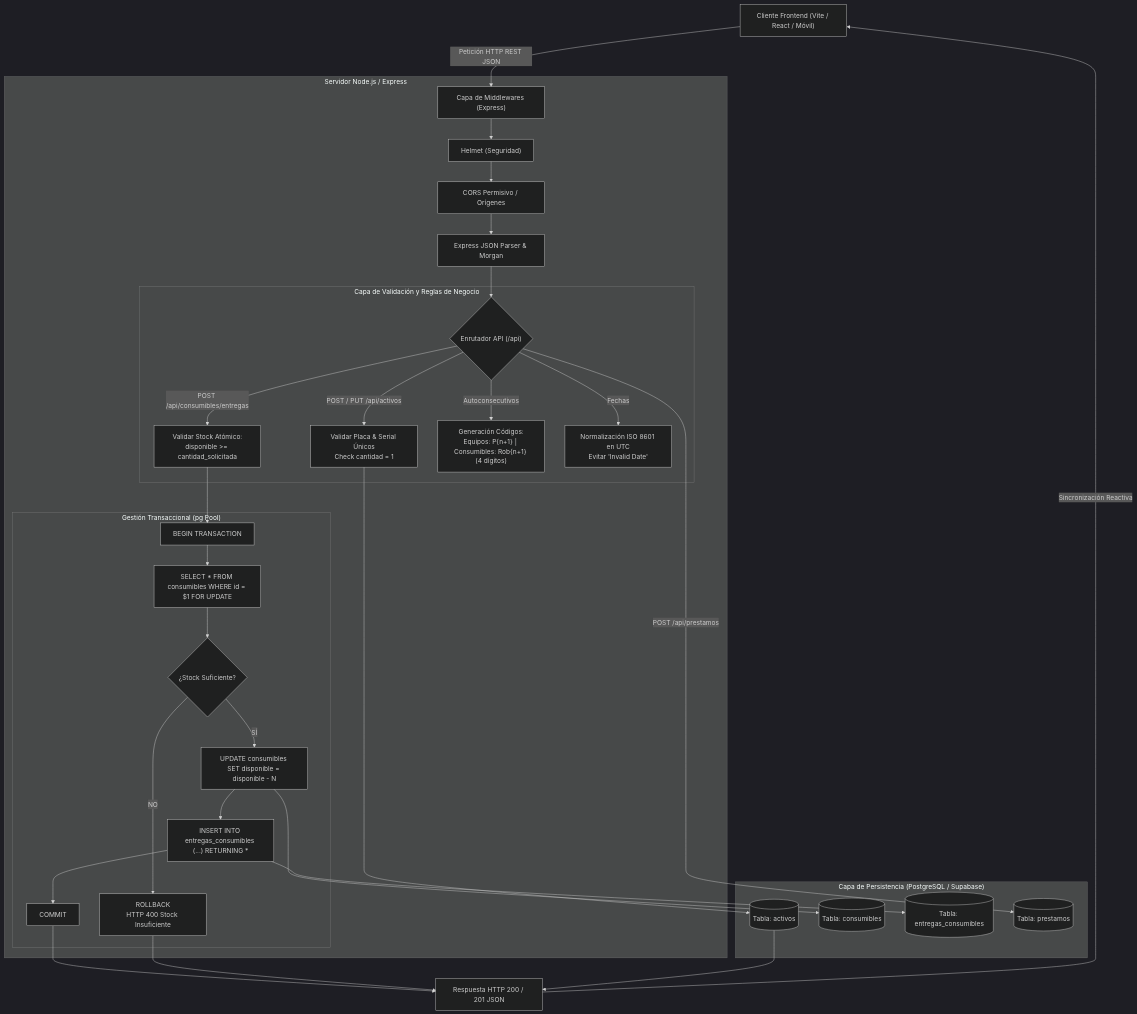
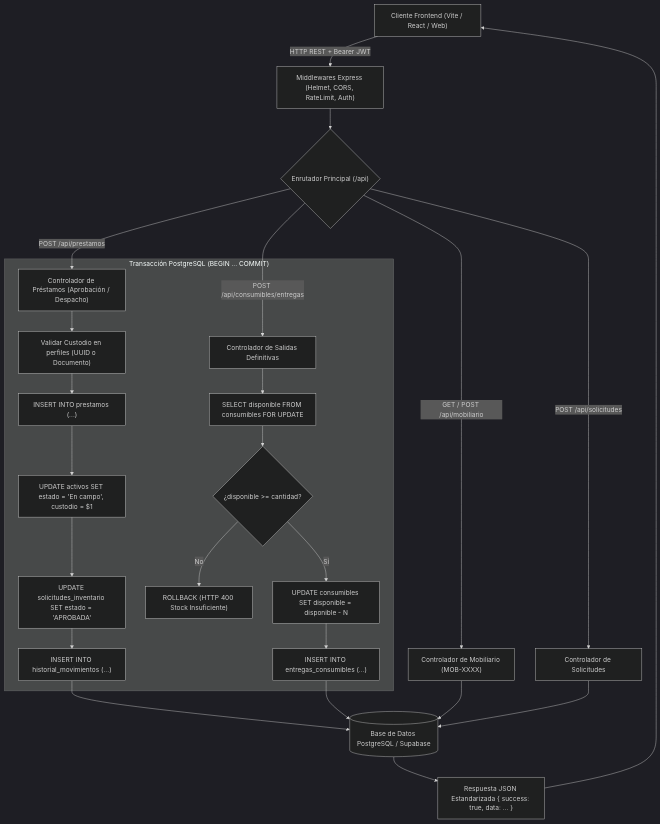
Before and after one commit to Sant15123/Inventario_Marina_Back: the second of 2 diagrams in README.md, drawn with Mermaid (dark theme). The commit also changed other lines of this file, not shown here.

Commit message:
docs: actualizar integralmente README.md con arquitectura actual, modulo mobiliario y despliegue Render

````diff
--- a/README.md
+++ b/README.md
@@ -37,40 +157,33 @@
 ```mermaid
 flowchart TD
-    A["Cliente Frontend (Vite / React / Móvil)"] -->|Petición HTTP REST JSON| B["Capa de Middlewares (Express)"]
+    Client["Cliente Frontend (Vite / React / Web)"] -->|HTTP REST + Bearer JWT| Middlewares["Middlewares Express (Helmet, CORS, RateLimit, Auth)"]
     
-    subgraph Express_App ["Servidor Node.js / Express"]
-        B --> B1["Helmet (Seguridad)"]
-        B1 --> B2["CORS Permisivo / Orígenes"]
-        B2 --> B3["Express JSON Parser & Morgan"]
-        B3 --> C{"Enrutador API (/api)"}
+    Middlewares --> Router{"Enrutador Principal (/api)"}
+    
+    Router -->|POST /api/solicitudes| SolicitudHandler["Controlador de Solicitudes"]
+    Router -->|POST /api/prestamos| PrestamoHandler["Controlador de Préstamos (Aprobación / Despacho)"]
+    Router -->|GET / POST /api/mobiliario| MobiliarioHandler["Controlador de Mobiliario (MOB-XXXX)"]
+    Router -->|POST /api/consumibles/entregas| ConsumiblesHandler["Controlador de Salidas Definitivas"]
+    
+    subgraph TransaccionSQL ["Transacción PostgreSQL (BEGIN ... COMMIT)"]
+        PrestamoHandler --> P1["Validar Custodio en perfiles (UUID o Documento)"]
+        P1 --> P2["INSERT INTO prestamos (...)"]
+        P2 --> P3["UPDATE activos SET estado = 'En campo', custodio = $1"]
+        P3 --> P4["UPDATE solicitudes_inventario SET estado = 'APROBADA'"]
+        P4 --> P5["INSERT INTO historial_movimientos (...)"]
         
-        subgraph Validaciones ["Capa de Validación y Reglas de Negocio"]
-            C -->|POST / PUT /api/activos| V1["Validar Placa & Serial Únicos<br/>Check cantidad = 1"]
-            C -->|POST /api/consumibles/entregas| V2["Validar Stock Atómico:<br/>disponible >= cantidad_solicitada"]
-            C -->|Autoconsecutivos| V3["Generación Códigos:<br/>Equipos: P{n+1} | Consumibles: Rob{n+1} (4 dígitos)"]
-            C -->|Fechas| V4["Normalización ISO 8601 en UTC<br/>Evitar 'Invalid Date'"]
-        end
-        
-        subgraph Transaccion ["Gestión Transaccional (pg Pool)"]
-            V2 --> T1["BEGIN TRANSACTION"]
-            T1 --> T2["SELECT * FROM consumibles WHERE id = $1 FOR UPDATE"]
-            T2 --> T3{"¿Stock Suficiente?"}
-            T3 -- NO --> T4["ROLLBACK<br/>HTTP 400 Stock Insuficiente"]
-            T3 -- SÍ --> T5["UPDATE consumibles SET disponible = disponible - N"]
-            T5 --> T6["INSERT INTO entregas_consumibles (...) RETURNING *"]
-            T6 --> T7["COMMIT"]
-        end
+        ConsumiblesHandler --> C1["SELECT disponible FROM consumibles FOR UPDATE"]
+        C1 --> C2{"¿disponible >= cantidad?"}
+        C2 -- No --> CRollback["ROLLBACK (HTTP 400 Stock Insuficiente)"]
+        C2 -- Sí --> C3["UPDATE consumibles SET disponible = disponible - N"]
+        C3 --> C4["INSERT INTO entregas_consumibles (...)"]
     end
-
-    subgraph Base_Datos ["Capa de Persistencia (PostgreSQL / Supabase)"]
-        V1 --> D1[("Tabla: activos")]
-        T5 --> D2[("Tabla: consumibles")]
-        T6 --> D3[("Tabla: entregas_consumibles")]
-        C -->|POST /api/prestamos| D4[("Tabla: prestamos")]
-    end
-
-    T7 --> R["Respuesta HTTP 200 / 201 JSON"]
-    T4 --> R
-    D1 --> R
-    R -->|Sincronización Reactiva| A
+    
+    P5 --> DBCommit[("Base de Datos PostgreSQL / Supabase")]
+    C4 --> DBCommit
+    MobiliarioHandler --> DBCommit
+    SolicitudHandler --> DBCommit
+    
+    DBCommit --> Response["Respuesta JSON Estandarizada { success: true, data: ... }"]
+    Response --> Client
 ```
````
